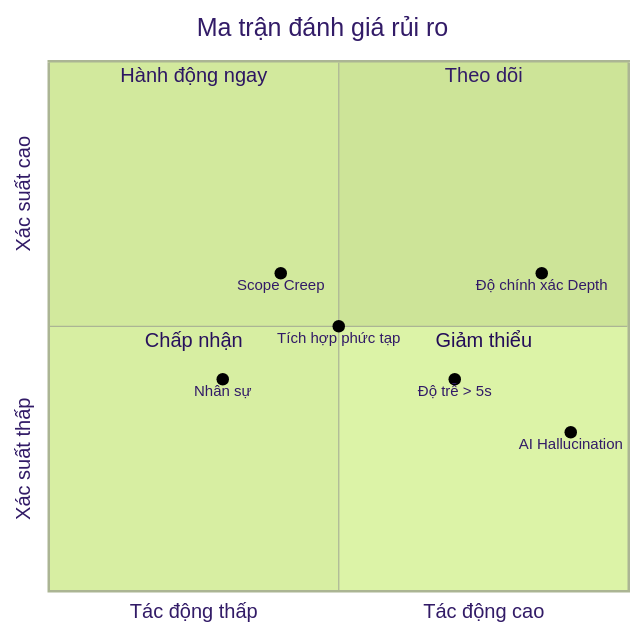
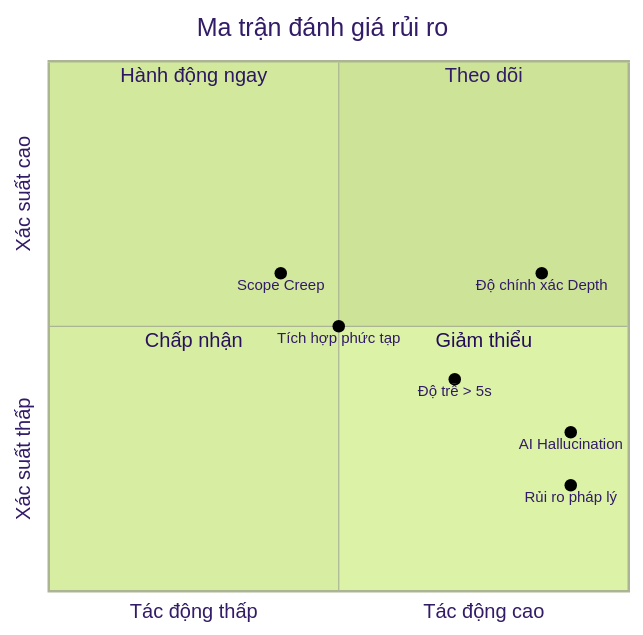
The third of 4 diagrams in docs/plan.md (EurusDevSec/InSight), drawn with Mermaid (forest theme) before and after one commit. The commit also changed other lines of this file and 30 other files, not shown here.

````diff
--- a/docs/plan.md
+++ b/docs/plan.md
@@ -527,16 +669,16 @@
 ```mermaid
 quadrantChart
     title Ma trận đánh giá rủi ro
     x-axis Tác động thấp --> Tác động cao
     y-axis Xác suất thấp --> Xác suất cao
     quadrant-1 Theo dõi
     quadrant-2 Hành động ngay
     quadrant-3 Chấp nhận
     quadrant-4 Giảm thiểu
     "Độ chính xác Depth": [0.85, 0.6]
     "Độ trễ > 5s": [0.7, 0.4]
     "AI Hallucination": [0.9, 0.3]
     "Tích hợp phức tạp": [0.5, 0.5]
-    "Nhân sự": [0.3, 0.4]
     "Scope Creep": [0.4, 0.6]
+    "Rủi ro pháp lý": [0.9, 0.2]
 ```
````
